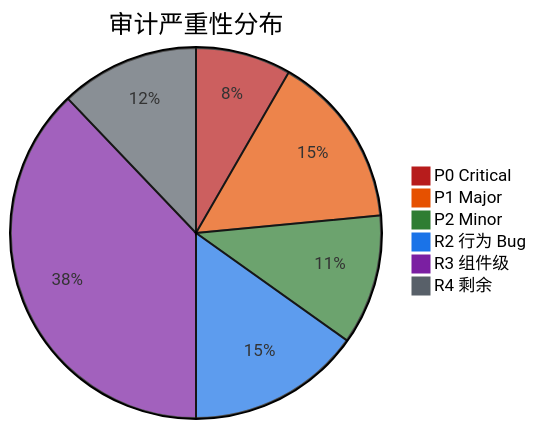
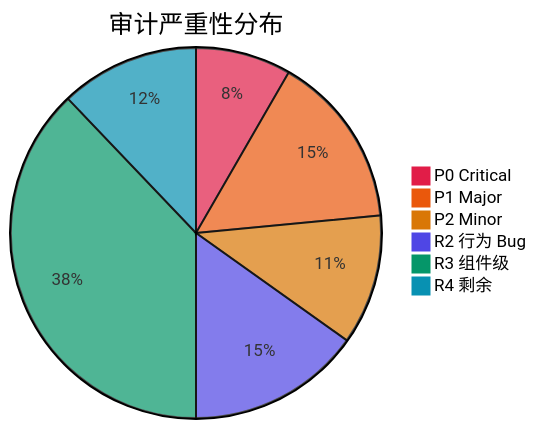
One commit to jeffsia-blacksmith/altShiftClawCore changed diagram 11 of 11 in src/ARCHITECTURE.md. Above: the diagram before and after it, drawn with Mermaid. The commit also changed other lines of this file and 30 other files, not shown here.

````diff
--- a/src/ARCHITECTURE.md
+++ b/src/ARCHITECTURE.md
@@ -622,10 +621,10 @@
 ```mermaid
-%%{init: {'themeVariables': {'pie1': '#b71c1c', 'pie2': '#e65100', 'pie3': '#2e7d32', 'pie4': '#1a73e8', 'pie5': '#7b1fa2', 'pie6': '#586069'}}}%%
+%%{init: {'themeVariables': {'pie1': '#e11d48', 'pie2': '#ea580c', 'pie3': '#d97706', 'pie4': '#4f46e5', 'pie5': '#059669', 'pie6': '#0891b2'}}}%%
 pie title 审计严重性分布
     "P0 Critical" : 11
     "P1 Major" : 20
     "P2 Minor" : 15
     "R2 行为 Bug" : 20
     "R3 组件级" : 50
     "R4 剩余" : 16
 ```
````
